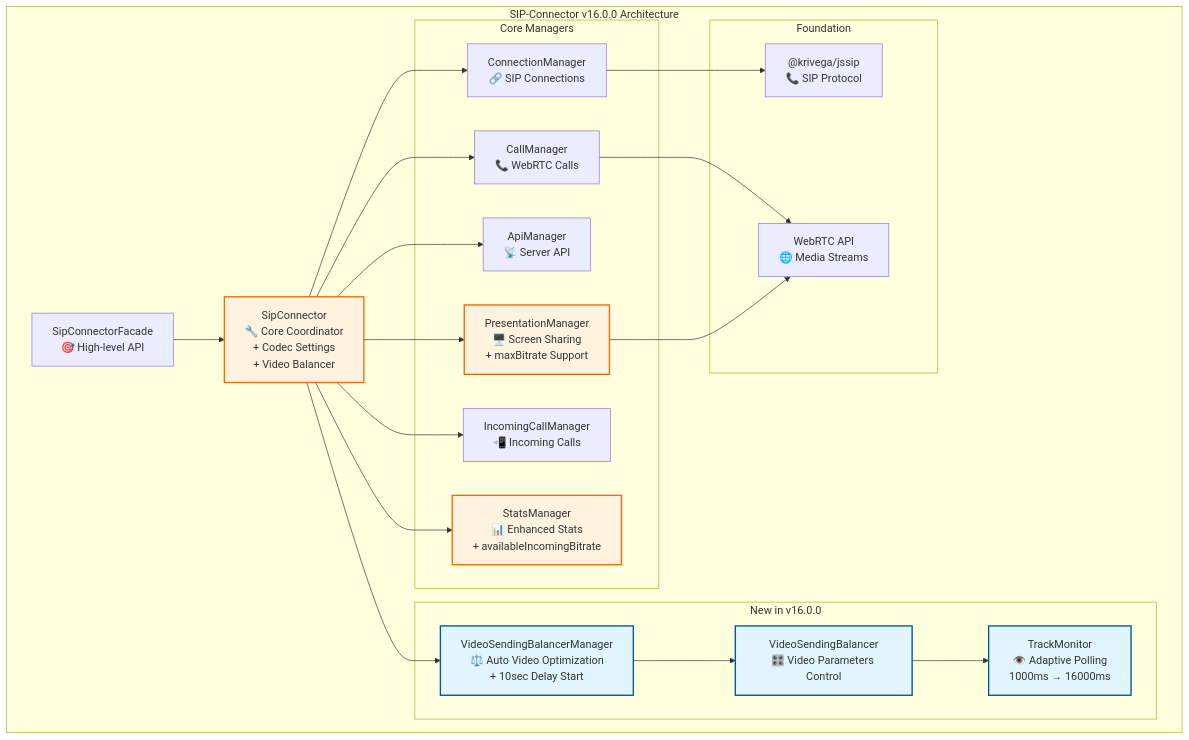
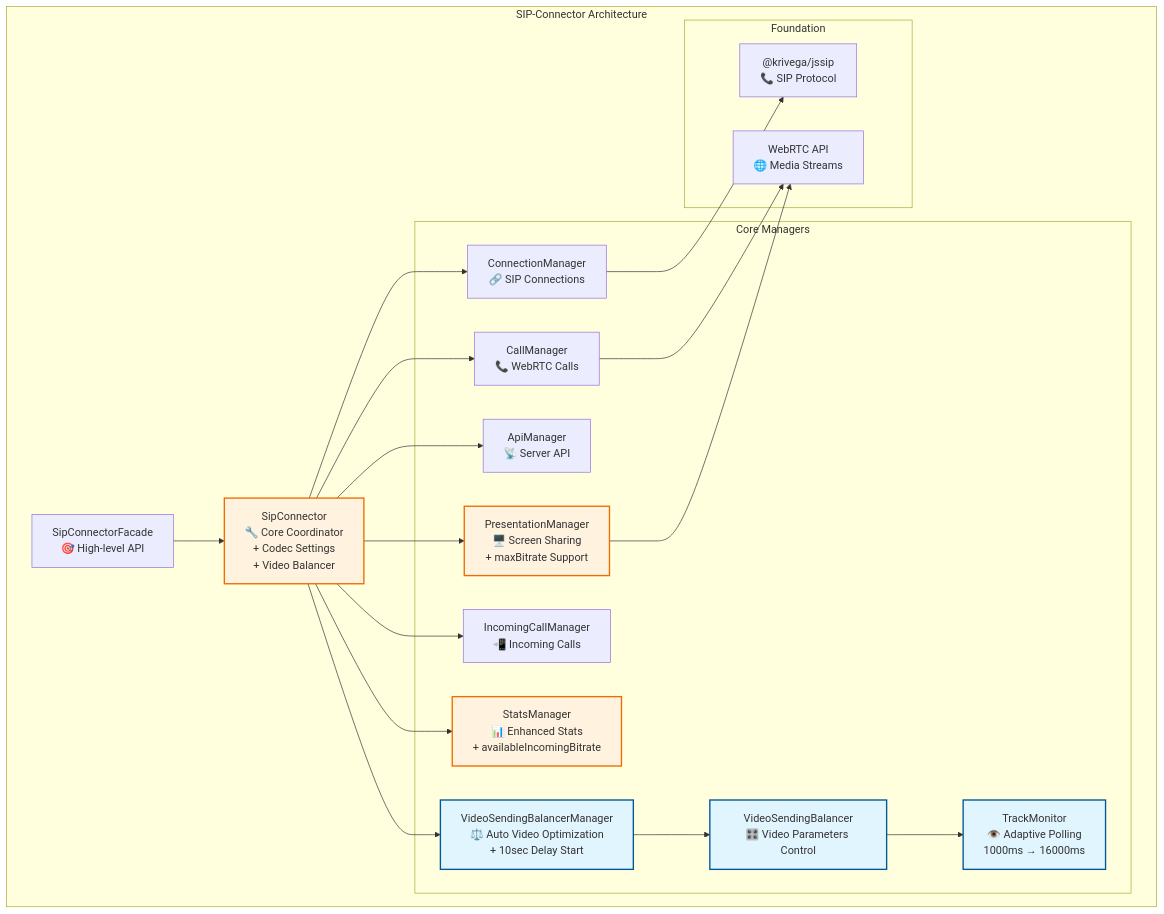
The first of 2 diagrams in docs/arch.md (Krivega/sip-connector), drawn with Mermaid before and after one commit. The commit also changed other lines of this file and 1 other file, not shown here.

````diff
--- a/docs/arch.md
+++ b/docs/arch.md
@@ -379,48 +372,45 @@
 ```mermaid
 graph TB
-    subgraph "SIP-Connector v16.0.0 Architecture"
+    subgraph "SIP-Connector Architecture"
         A["SipConnectorFacade<br/>🎯 High-level API"]
         B["SipConnector<br/>🔧 Core Coordinator<br/>+ Codec Settings<br/>+ Video Balancer"]
-        
+
         subgraph "Core Managers"
             C["ConnectionManager<br/>🔗 SIP Connections"]
-            D["CallManager<br/>📞 WebRTC Calls"]  
+            D["CallManager<br/>📞 WebRTC Calls"]
             E["ApiManager<br/>📡 Server API"]
             F["PresentationManager<br/>🖥️ Screen Sharing<br/>+ maxBitrate Support"]
             G["IncomingCallManager<br/>📲 Incoming Calls"]
             H["StatsManager<br/>📊 Enhanced Stats<br/>+ availableIncomingBitrate"]
-        end
-        
-        subgraph "New in v16.0.0"
             I["VideoSendingBalancerManager<br/>⚖️ Auto Video Optimization<br/>+ 10sec Delay Start"]
             J["VideoSendingBalancer<br/>🎛️ Video Parameters Control"]
             K["TrackMonitor<br/>👁️ Adaptive Polling<br/>1000ms → 16000ms"]
         end
-        
+
         subgraph "Foundation"
             L["@krivega/jssip<br/>📞 SIP Protocol"]
             M["WebRTC API<br/>🌐 Media Streams"]
         end
-        
+
         A --> B
         B --> C
         B --> D
         B --> E
         B --> F
         B --> G
         B --> H
         B --> I
         I --> J
         J --> K
         D --> M
         F --> M
         C --> L
     end
-    
+
     style I fill:#e1f5fe,stroke:#01579b,stroke-width:2px
     style J fill:#e1f5fe,stroke:#01579b,stroke-width:2px
     style K fill:#e1f5fe,stroke:#01579b,stroke-width:2px
     style B fill:#fff3e0,stroke:#ef6c00,stroke-width:2px
     style F fill:#fff3e0,stroke:#ef6c00,stroke-width:2px
     style H fill:#fff3e0,stroke:#ef6c00,stroke-width:2px
 ```
````
